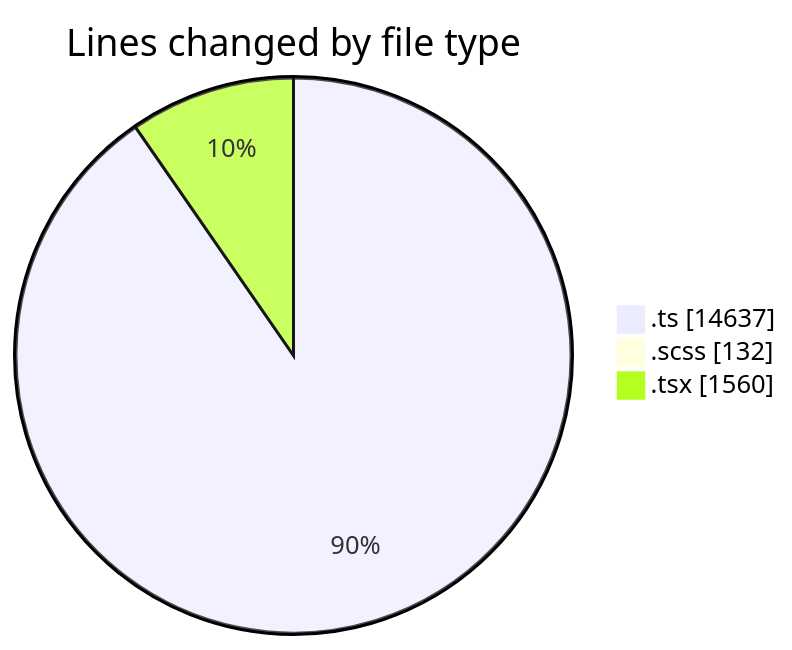
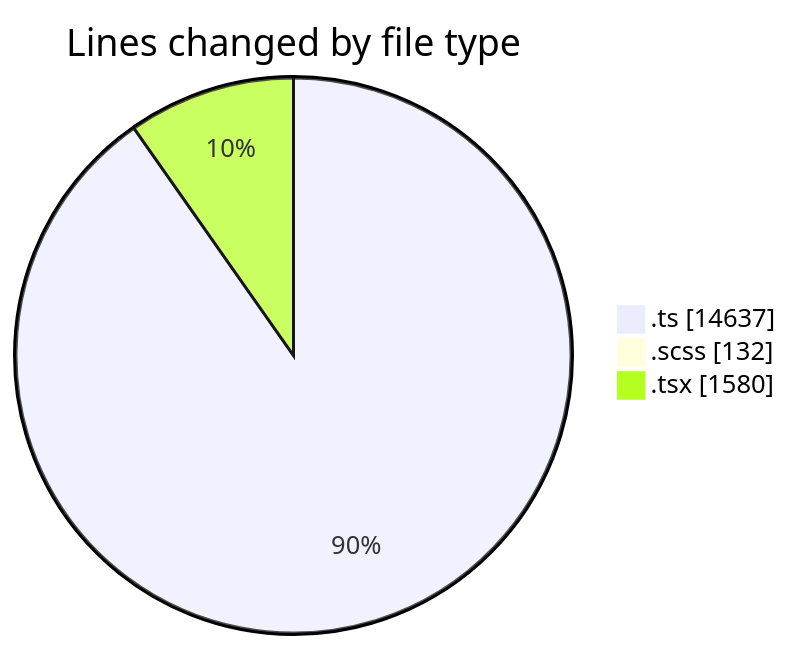
Before and after one commit to momahboobian/code-tracking: the first of 2 diagrams in 2025-08-27/cda/README.md, drawn with Mermaid. The commit also changed other lines of this file and 1 other file, not shown here.

````diff
--- a/2025-08-27/cda/README.md
+++ b/2025-08-27/cda/README.md
@@ -27,7 +27,7 @@
 ```mermaid
 pie showData
 title Lines changed by file type
 ".ts" : 14637
 ".scss" : 132
-".tsx" : 1560
+".tsx" : 1580
 ```
````
